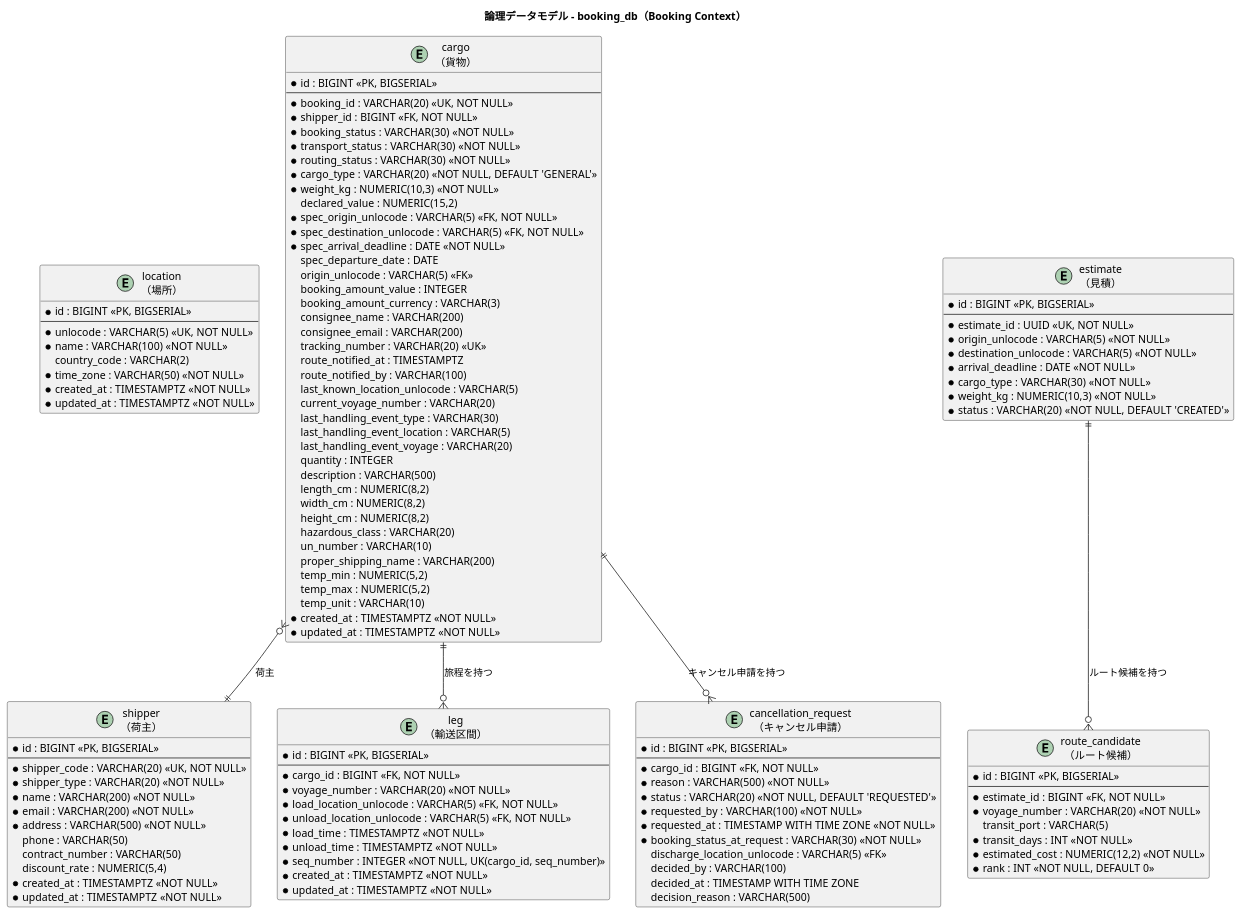
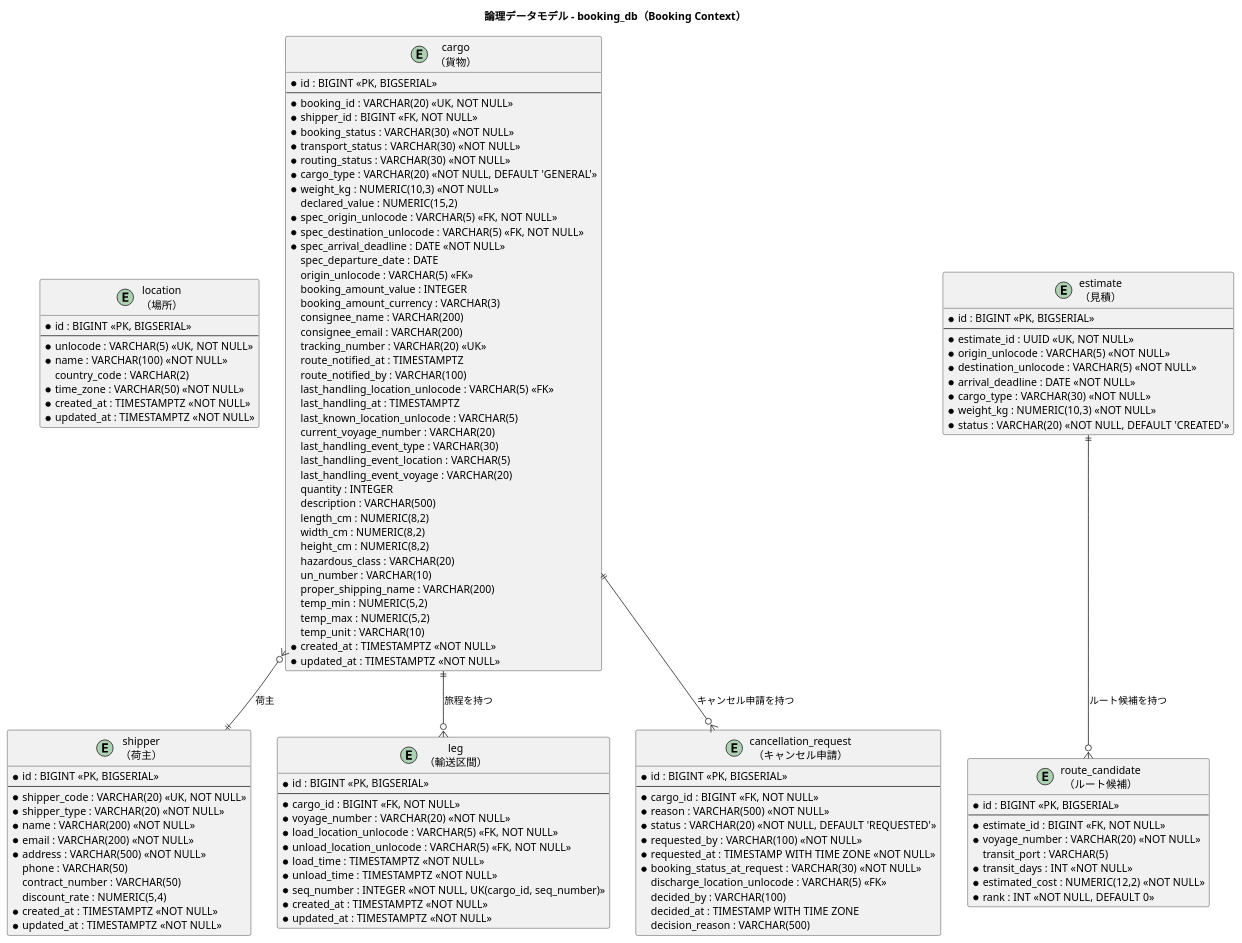
One commit to k2works/case-study-cargo-tracker changed the third of 7 diagrams in docs/design/data-model.md. Above: the diagram before and after it, drawn with PlantUML. The commit also changed 20 other files, not shown here.

```diff
--- a/docs/design/data-model.md
+++ b/docs/design/data-model.md
@@ -433,6 +433,8 @@
   tracking_number : VARCHAR(20) <<UK>>
   route_notified_at : TIMESTAMPTZ
   route_notified_by : VARCHAR(100)
+  last_handling_location_unlocode : VARCHAR(5) <<FK>>
+  last_handling_at : TIMESTAMPTZ
   last_known_location_unlocode : VARCHAR(5)
   current_voyage_number : VARCHAR(20)
   last_handling_event_type : VARCHAR(30)
```
